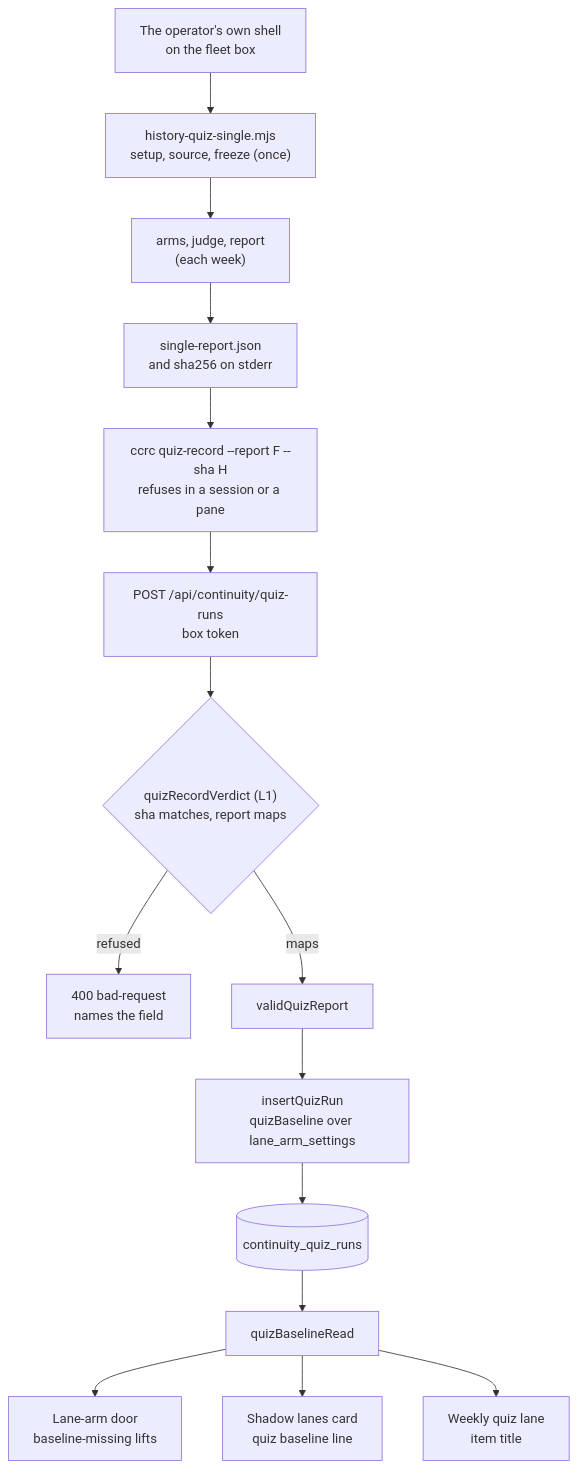
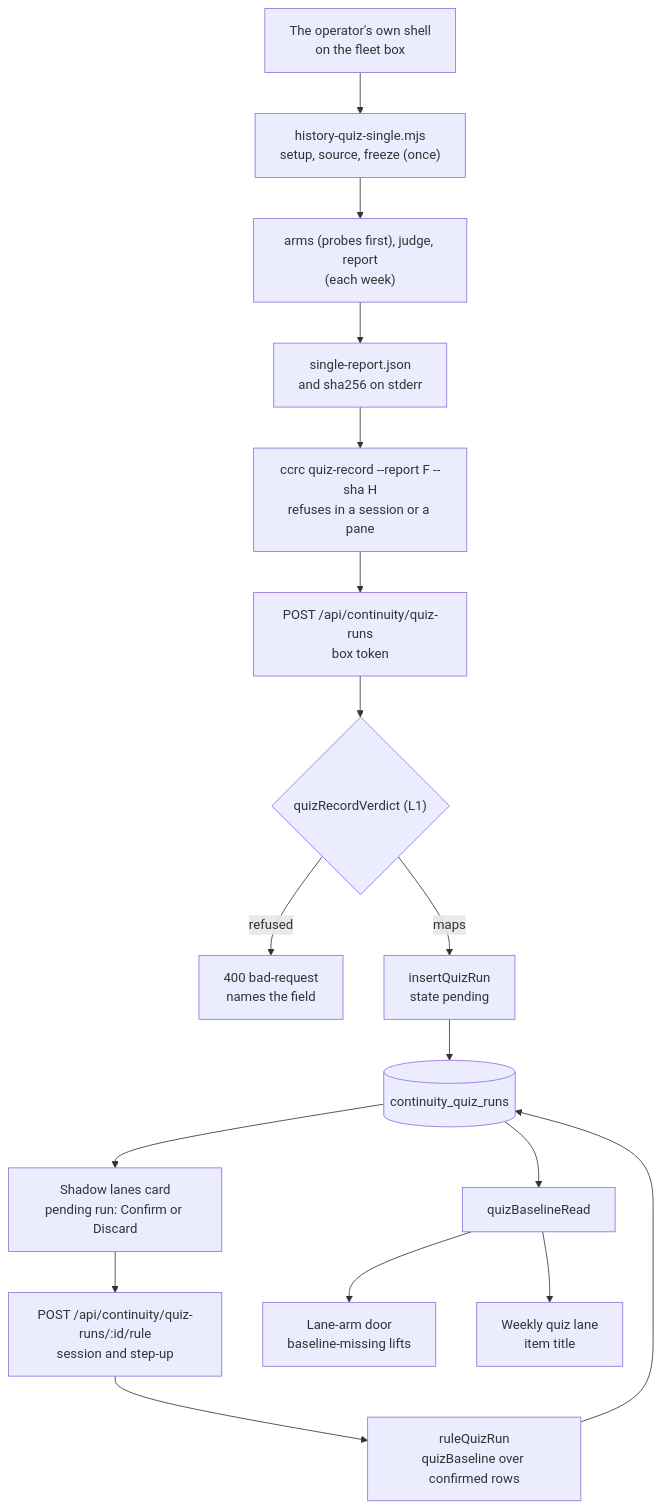
One commit to Synapsium-Labs/ccrc-pwa changed the diagram in docs/superpowers/plans/2026-11-17-overlord-quiz-record.md. Above: the diagram before and after it, drawn with Mermaid. The commit also changed other lines of this file, not shown here.

First line of the commit message:
docs(plan): fix round 1 of the quiz record plan: rulings on review 2390 (Overlord W1a)

````diff
--- a/docs/superpowers/plans/2026-11-17-overlord-quiz-record.md
+++ b/docs/superpowers/plans/2026-11-17-overlord-quiz-record.md
@@ -181,17 +306,19 @@
 ```mermaid
 flowchart TD
   OP["The operator's own shell<br/>on the fleet box"] --> SET["history-quiz-single.mjs<br/>setup, source, freeze (once)"]
-  SET --> WK["arms, judge, report<br/>(each week)"]
+  SET --> WK["arms (probes first), judge, report<br/>(each week)"]
   WK --> REP["single-report.json<br/>and sha256 on stderr"]
   REP --> VERB["ccrc quiz-record --report F --sha H<br/>refuses in a session or a pane"]
   VERB --> DOOR["POST /api/continuity/quiz-runs<br/>box token"]
-  DOOR --> DEC{"quizRecordVerdict (L1)<br/>sha matches, report maps"}
+  DOOR --> DEC{"quizRecordVerdict (L1)"}
   DEC -- "refused" --> R400["400 bad-request<br/>names the field"]
-  DEC -- "maps" --> VAL["validQuizReport"]
-  VAL --> INS["insertQuizRun<br/>quizBaseline over lane_arm_settings"]
+  DEC -- "maps" --> INS["insertQuizRun<br/>state pending"]
   INS --> ROW[("continuity_quiz_runs")]
+  ROW --> CARD["Shadow lanes card<br/>pending run: Confirm or Discard"]
+  CARD --> RULE["POST /api/continuity/quiz-runs/:id/rule<br/>session and step-up"]
+  RULE --> CONF["ruleQuizRun<br/>quizBaseline over confirmed rows"]
+  CONF --> ROW
   ROW --> BR["quizBaselineRead"]
   BR --> ARM["Lane-arm door<br/>baseline-missing lifts"]
-  BR --> CARD["Shadow lanes card<br/>quiz baseline line"]
   BR --> LANE["Weekly quiz lane<br/>item title"]
 ```
````
